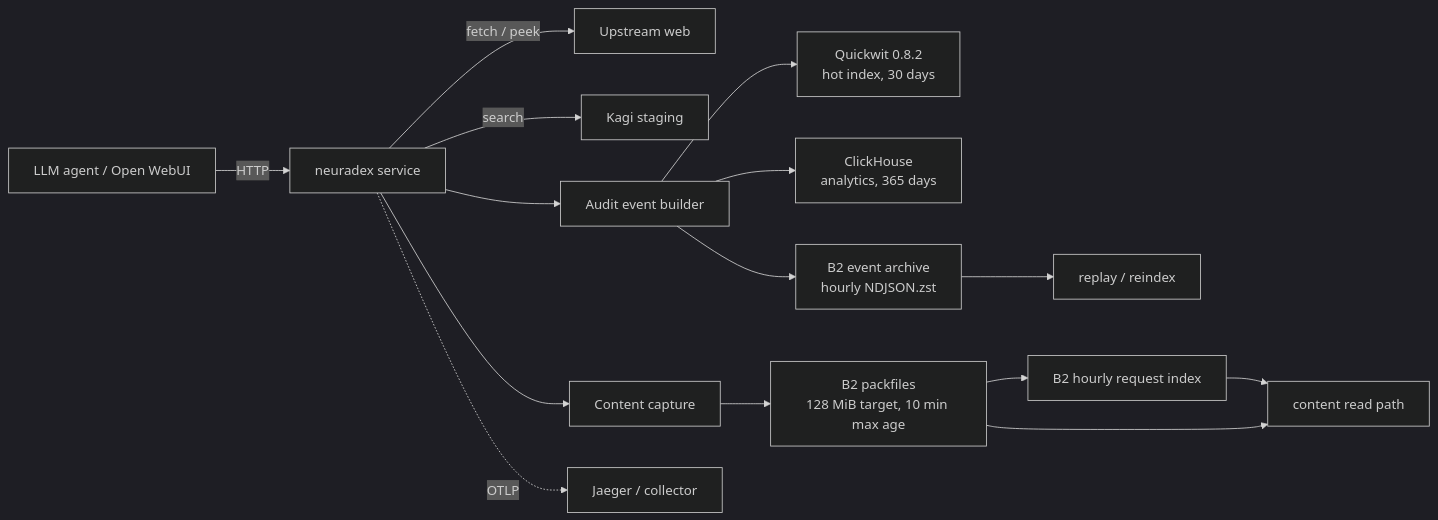
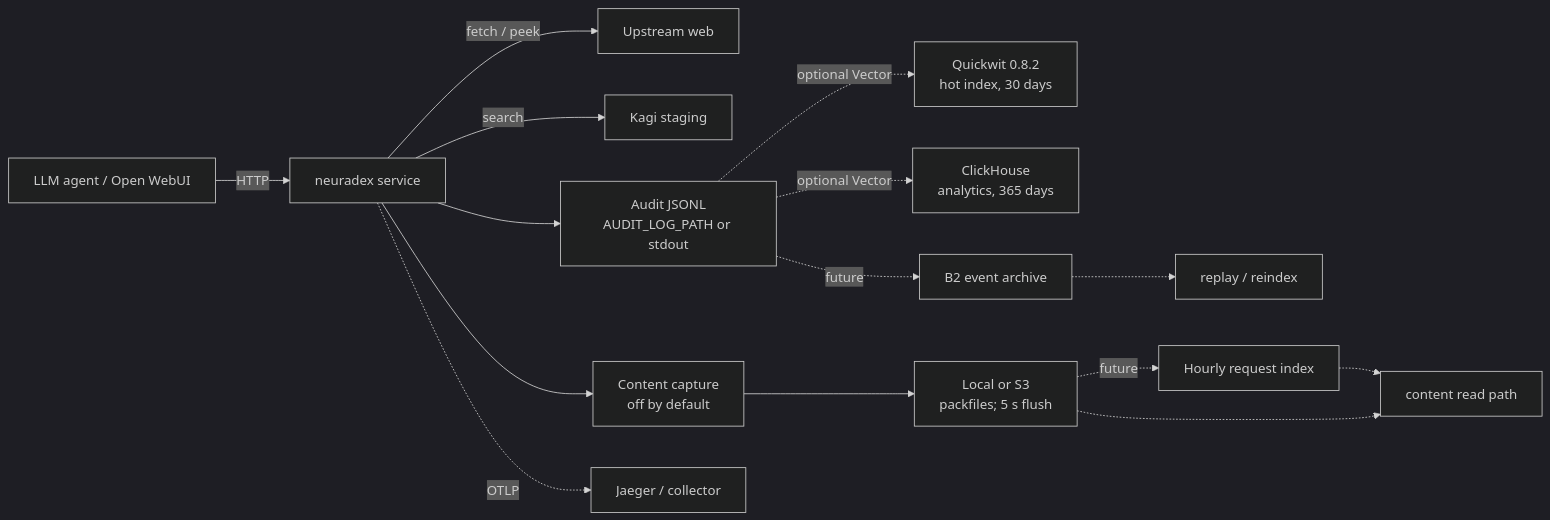
The diagram in docs/README.md (mkroman/neuradex), drawn with Mermaid (dark theme) before and after one commit. The commit also changed other lines of this file and 22 other files, not shown here.

````diff
--- a/docs/README.md
+++ b/docs/README.md
@@ -44,17 +46,17 @@
 ```mermaid
 flowchart LR
     Client["LLM agent / Open WebUI"] -->|HTTP| Service["neuradex service"]
     Service -->|fetch / peek| Web["Upstream web"]
     Service -->|search| Kagi["Kagi staging"]
-    Service --> Events["Audit event builder"]
-    Service --> Capture["Content capture"]
-    Events --> Hot["Quickwit 0.8.2<br/>hot index, 30 days"]
-    Events --> Analytics["ClickHouse<br/>analytics, 365 days"]
-    Events --> Archive["B2 event archive<br/>hourly NDJSON.zst"]
-    Capture --> Packs["B2 packfiles<br/>128 MiB target, 10 min max age"]
-    Packs --> Index["B2 hourly request index"]
+    Service --> Events["Audit JSONL<br/>AUDIT_LOG_PATH or stdout"]
+    Service --> Capture["Content capture<br/>off by default"]
+    Events -. optional Vector .-> Hot["Quickwit 0.8.2<br/>hot index, 30 days"]
+    Events -. optional Vector .-> Analytics["ClickHouse<br/>analytics, 365 days"]
+    Capture --> Packs["Local or S3<br/>packfiles; 5 s flush"]
+    Packs -. future .-> Index["Hourly request index"]
     Service -.->|OTLP| Traces["Jaeger / collector"]
-    Archive --> Replay["replay / reindex"]
-    Index --> Read["content read path"]
-    Packs --> Read
+    Events -. future .-> Archive["B2 event archive"]
+    Archive -.-> Replay["replay / reindex"]
+    Index -.-> Read["content read path"]
+    Packs -.-> Read
 ```
````
